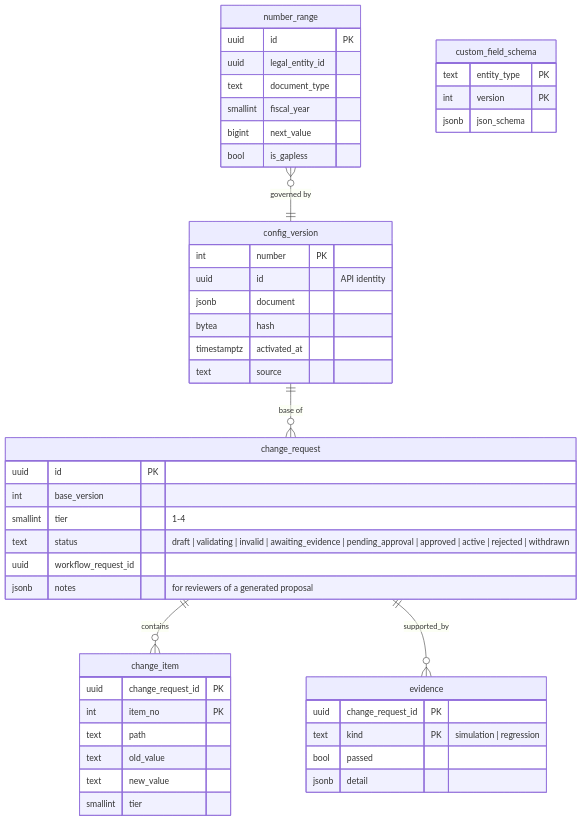
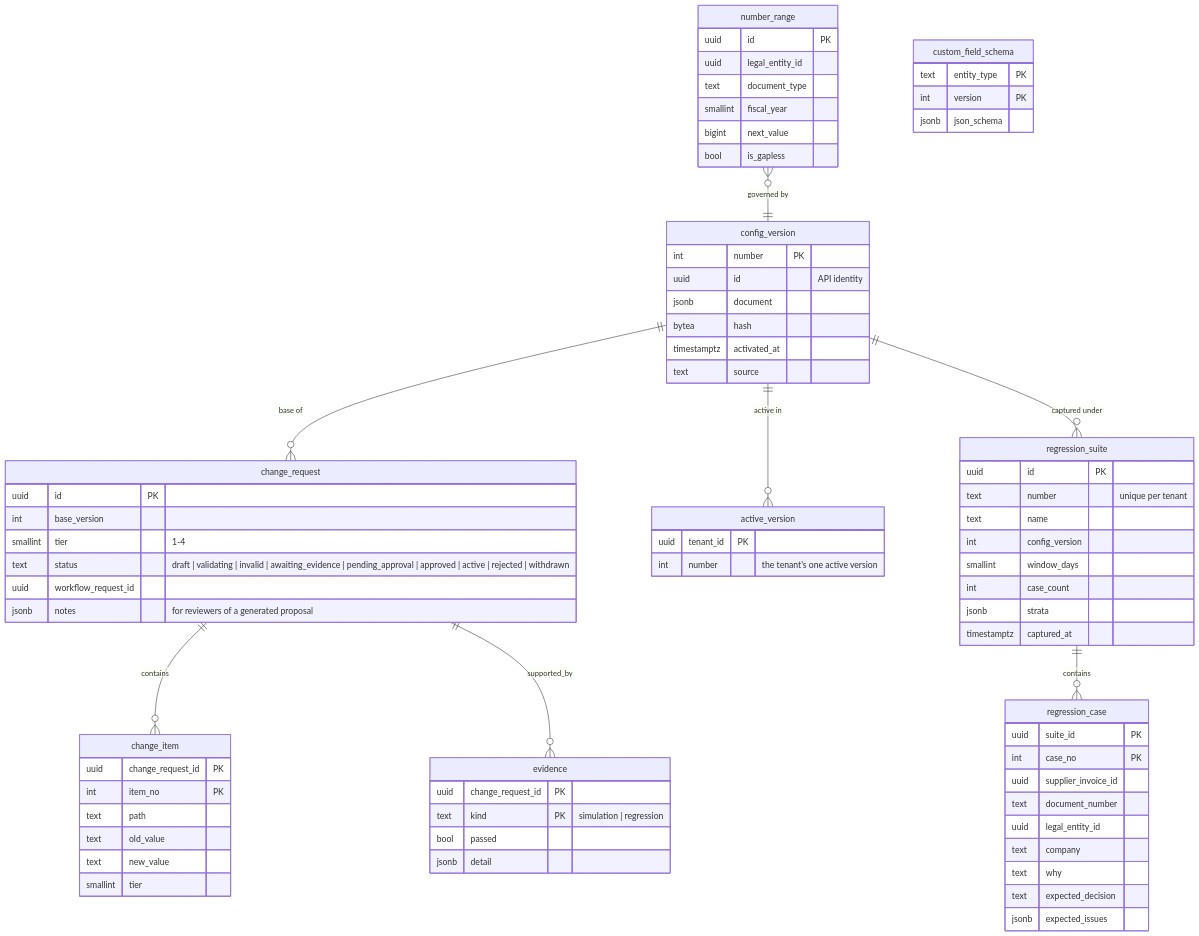
Before and after one commit to mustie7iy/agentic-erp: the third of 13 diagrams in docs/design/03-data-model.md, drawn with Mermaid. The commit also changed other lines of this file and 6 other files, not shown here.

````diff
--- a/docs/design/03-data-model.md
+++ b/docs/design/03-data-model.md
@@ -312,38 +312,60 @@
 ```mermaid
 erDiagram
   config_version ||--o{ change_request : "base of"
   change_request ||--o{ change_item : contains
   change_request ||--o{ evidence : supported_by
   number_range }o--|| config_version : "governed by"
   config_version { int number PK
     uuid id "API identity"
     jsonb document
     bytea hash
     timestamptz activated_at
     text source }
   change_request { uuid id PK
     int base_version
     smallint tier "1-4"
     text status "draft | validating | invalid | awaiting_evidence | pending_approval | approved | active | rejected | withdrawn"
     uuid workflow_request_id
     jsonb notes "for reviewers of a generated proposal" }
   change_item { uuid change_request_id PK
     int item_no PK
     text path
     text old_value
     text new_value
     smallint tier }
   evidence { uuid change_request_id PK
     text kind PK "simulation | regression"
     bool passed
     jsonb detail }
   number_range { uuid id PK
     uuid legal_entity_id
     text document_type
     smallint fiscal_year
     bigint next_value
     bool is_gapless }
   custom_field_schema { text entity_type PK
     int version PK
     jsonb json_schema }
+  config_version ||--o{ active_version : "active in"
+  config_version ||--o{ regression_suite : "captured under"
+  regression_suite ||--o{ regression_case : contains
+  active_version { uuid tenant_id PK
+    int number "the tenant's one active version" }
+  regression_suite { uuid id PK
+    text number "unique per tenant"
+    text name
+    int config_version
+    smallint window_days
+    int case_count
+    jsonb strata
+    timestamptz captured_at }
+  regression_case { uuid suite_id PK
+    int case_no PK
+    uuid supplier_invoice_id
+    text document_number
+    uuid legal_entity_id
+    text company
+    text why
+    text expected_decision
+    jsonb expected_issues }
 ```
````
